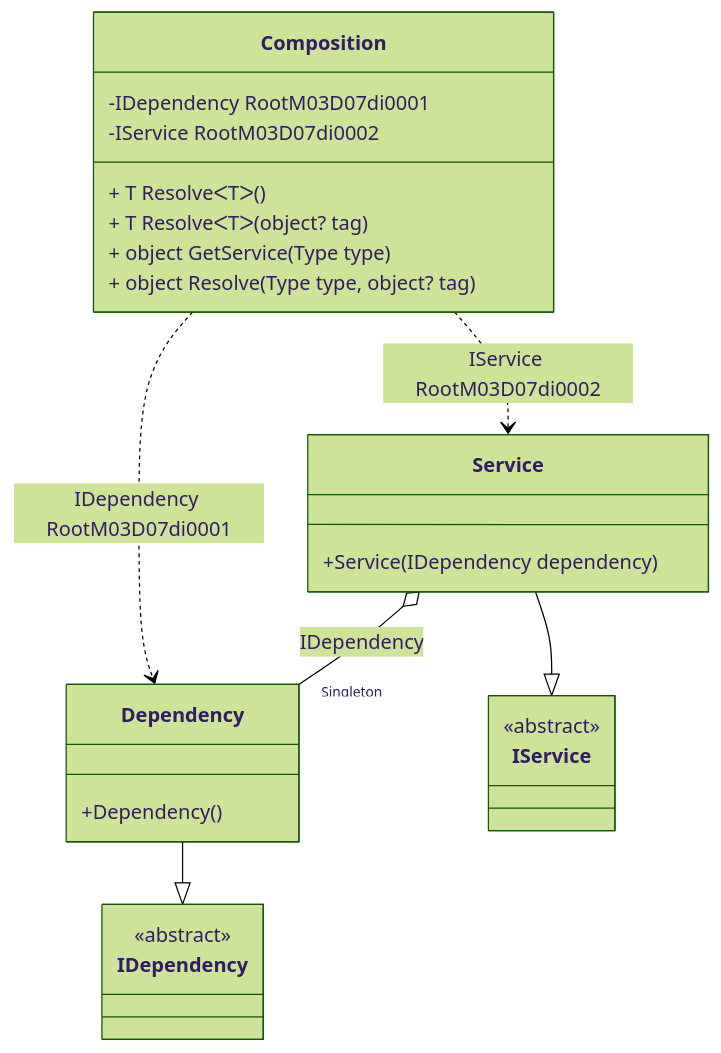
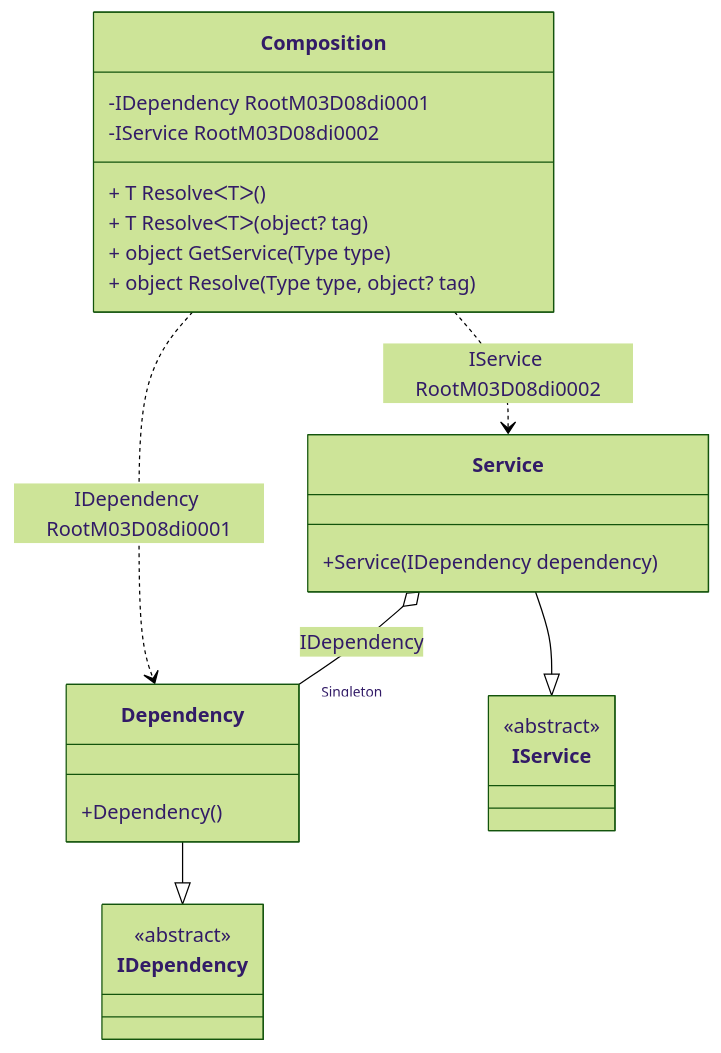
The diagram in readme/service-provider.md (DevTeam/Pure.DI), drawn with Mermaid (forest theme) before and after one commit. The commit also changed other lines of this file and 71 other files, not shown here.

````diff
--- a/readme/service-provider.md
+++ b/readme/service-provider.md
@@ -45,28 +45,28 @@
 ```mermaid
 classDiagram
   class Composition {
-    -IDependency RootM03D07di0001
-    -IService RootM03D07di0002
+    -IDependency RootM03D08di0001
+    -IService RootM03D08di0002
     + T ResolveᐸTᐳ()
     + T ResolveᐸTᐳ(object? tag)
     + object GetService(Type type)
     + object Resolve(Type type, object? tag)
   }
   Dependency --|> IDependency : 
   class Dependency {
     +Dependency()
   }
   Service --|> IService : 
   class Service {
     +Service(IDependency dependency)
   }
   class IDependency {
     <<abstract>>
   }
   class IService {
     <<abstract>>
   }
   Service o--  "Singleton" Dependency : IDependency
-  Composition ..> Dependency : IDependency RootM03D07di0001
-  Composition ..> Service : IService RootM03D07di0002
+  Composition ..> Dependency : IDependency RootM03D08di0001
+  Composition ..> Service : IService RootM03D08di0002
 ```
````
